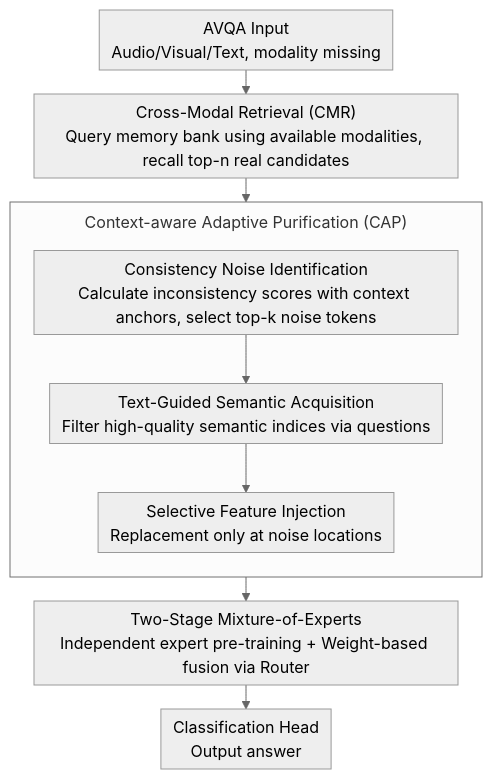
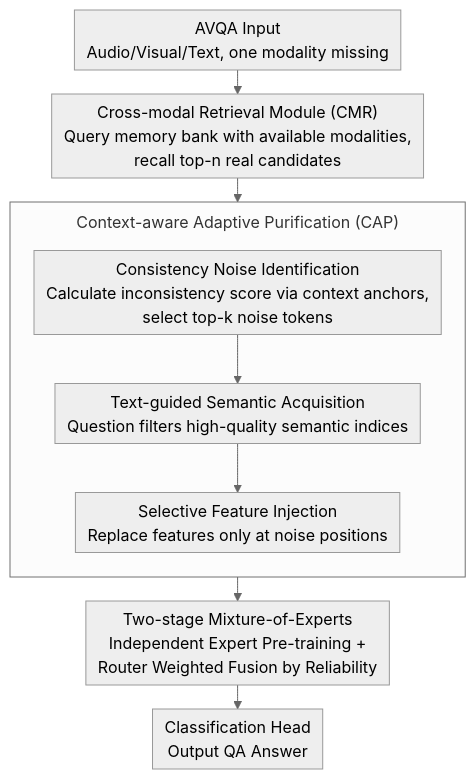
Before and after one commit to zhaoyang97/Paper-Notes-en: the diagram in docs/ACL2026/audio_speech/retrieving_to_recover_towards_incomplete_audio-visual_question_answering_via_sem.md, drawn with Mermaid (neutral theme). The commit also changed other lines of this file and 5084 other files, not shown here.

````diff
--- a/docs/ACL2026/audio_speech/retrieving_to_recover_towards_incomplete_audio-visual_question_answering_via_sem.md
+++ b/docs/ACL2026/audio_speech/retrieving_to_recover_towards_incomplete_audio-visual_question_answering_via_sem.md
@@ -44,15 +44,15 @@
 ```mermaid
 %%{init: {'flowchart': {'rankSpacing': 24, 'nodeSpacing': 28, 'padding': 6, 'wrappingWidth': 400, 'subGraphTitleMargin': {'top': 8, 'bottom': 16}}}}%%
 flowchart TD
-    A["AVQA Input<br/>Audio/Visual/Text, modality missing"] --> B["Cross-Modal Retrieval (CMR)<br/>Query memory bank using available modalities, recall top-n real candidates"]
+    A["AVQA Input<br/>Audio/Visual/Text, one modality missing"] --> B["Cross-modal Retrieval Module (CMR)<br/>Query memory bank with available modalities,<br/>recall top-n real candidates"]
     B --> C
     subgraph C["Context-aware Adaptive Purification (CAP)"]
         direction TB
-        C1["Consistency Noise Identification<br/>Calculate inconsistency scores with context anchors, select top-k noise tokens"]
-        C2["Text-Guided Semantic Acquisition<br/>Filter high-quality semantic indices via questions"]
-        C3["Selective Feature Injection<br/>Replacement only at noise locations"]
+        C1["Consistency Noise Identification<br/>Calculate inconsistency score via context anchors,<br/>select top-k noise tokens"]
+        C2["Text-guided Semantic Acquisition<br/>Question filters high-quality semantic indices"]
+        C3["Selective Feature Injection<br/>Replace features only at noise positions"]
         C1 --> C2 --> C3
     end
-    C --> D["Two-Stage Mixture-of-Experts<br/>Independent expert pre-training + Weight-based fusion via Router"]
-    D --> E["Classification Head<br/>Output answer"]
+    C --> D["Two-stage Mixture-of-Experts<br/>Independent Expert Pre-training +<br/>Router Weighted Fusion by Reliability"]
+    D --> E["Classification Head<br/>Output QA Answer"]
 ```
````
